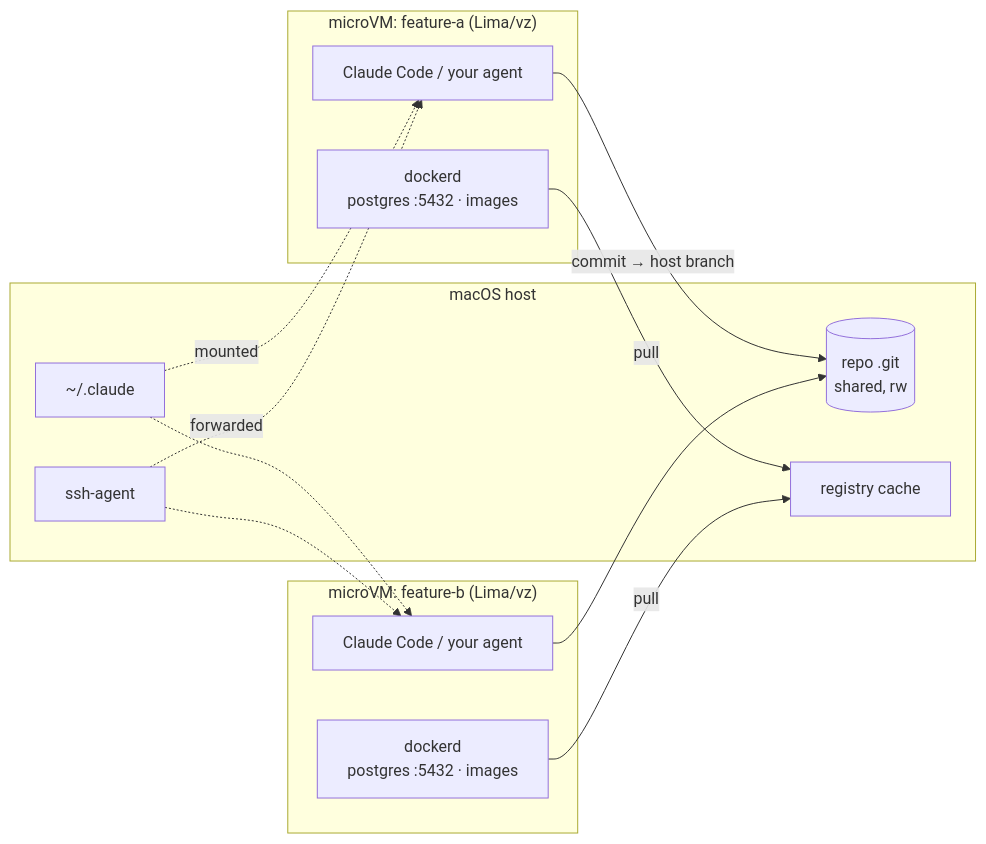
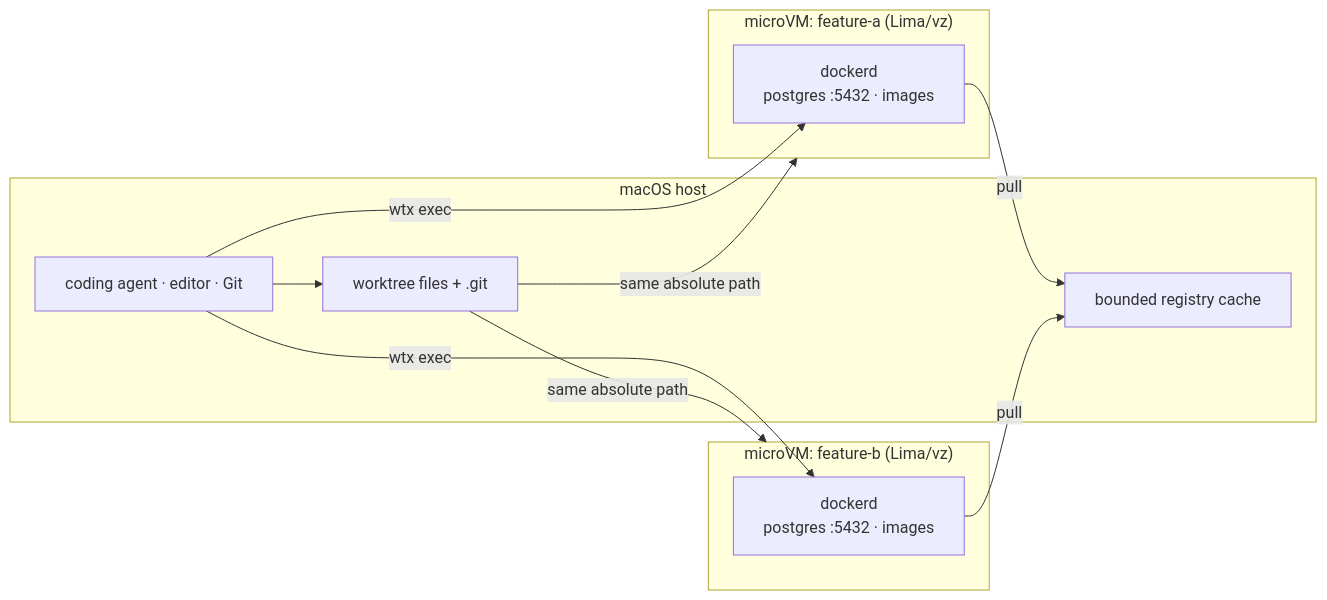
One commit to rakutek/wtx changed the diagram in README.ja.md. Above: the diagram before and after it, drawn with Mermaid. The commit also changed other lines of this file and 20 other files, not shown here.

````diff
--- a/README.ja.md
+++ b/README.ja.md
@@ -105,25 +109,21 @@
 ```mermaid
 flowchart LR
+    subgraph HOST["macOS host"]
+        AG["coding agent · editor · Git"]
+        WT["worktree files + .git"]
+        MIRROR["bounded registry cache"]
+        AG --> WT
+    end
     subgraph VMA["microVM: feature-a (Lima/vz)"]
-        AC["Claude Code / your agent"]
         AD["dockerd<br/>postgres :5432 · images"]
     end
     subgraph VMB["microVM: feature-b (Lima/vz)"]
-        BC["Claude Code / your agent"]
         BD["dockerd<br/>postgres :5432 · images"]
     end
-    subgraph HOST["macOS host"]
-        GIT[("repo .git<br/>shared, rw")]
-        CLAUDE["~/.claude"]
-        SSH["ssh-agent"]
-        MIRROR["registry cache"]
-    end
-    AC -->|"commit → host branch"| GIT
-    BC --> GIT
-    CLAUDE -.->|mounted| AC
-    CLAUDE -.-> BC
-    SSH -.->|forwarded| AC
-    SSH -.-> BC
+    WT -->|"same absolute path"| VMA
+    WT -->|"same absolute path"| VMB
+    AG -->|"wtx exec"| AD
+    AG -->|"wtx exec"| BD
     AD -->|pull| MIRROR
     BD -->|pull| MIRROR
 ```
````
